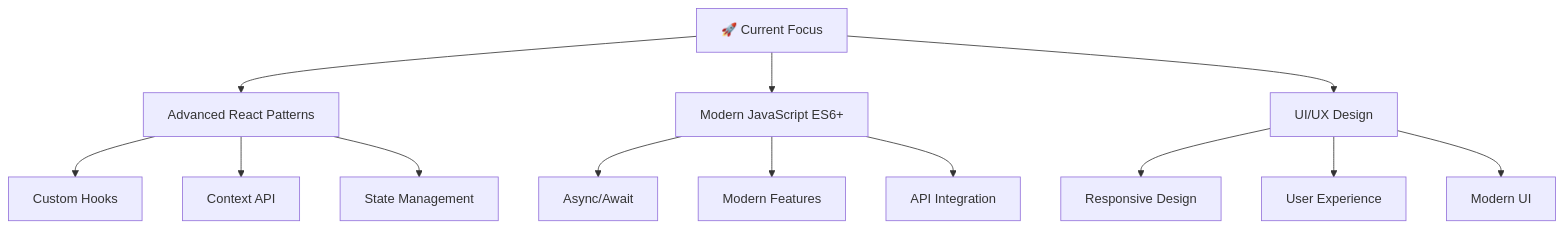
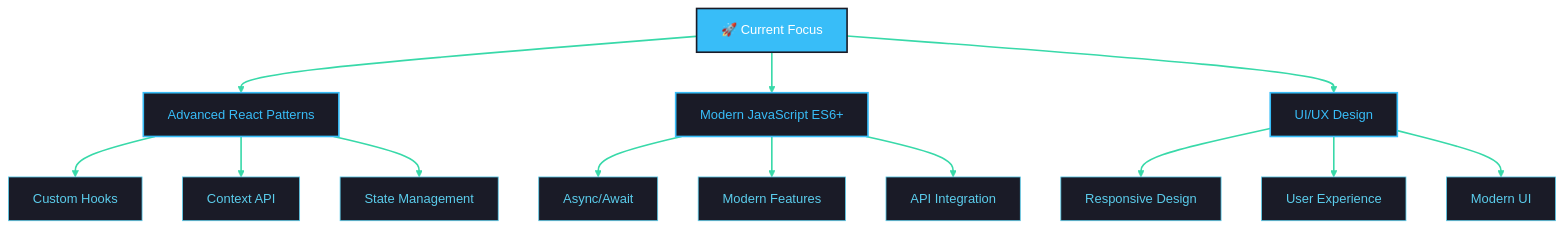
Before and after one commit to ibrahim-ahmed26/ibrahim-ahmed26: the diagram in README.md, drawn with Mermaid. The commit also changed other lines of this file, not shown here.

````diff
--- a/README.md
+++ b/README.md
@@ -114,18 +132,33 @@
 ```mermaid
 graph TD
     A[🚀 Current Focus] --> B[Advanced React Patterns]
     A --> C[Modern JavaScript ES6+]
     A --> D[UI/UX Design]
 
     B --> E[Custom Hooks]
     B --> F[Context API]
     B --> G[State Management]
 
     C --> H[Async/Await]
     C --> I[Modern Features]
     C --> J[API Integration]
 
     D --> K[Responsive Design]
     D --> L[User Experience]
     D --> M[Modern UI]
+
+    style A fill:#38BDF8,stroke:#1a1b27,stroke-width:2px,color:#ffffff
+    style B fill:#1a1b27,stroke:#38BDF8,stroke-width:2px,color:#38BDF8
+    style C fill:#1a1b27,stroke:#38BDF8,stroke-width:2px,color:#38BDF8
+    style D fill:#1a1b27,stroke:#38BDF8,stroke-width:2px,color:#38BDF8
+    style E fill:#1a1b27,stroke:#5bcdec,stroke-width:1px,color:#5bcdec
+    style F fill:#1a1b27,stroke:#5bcdec,stroke-width:1px,color:#5bcdec
+    style G fill:#1a1b27,stroke:#5bcdec,stroke-width:1px,color:#5bcdec
+    style H fill:#1a1b27,stroke:#5bcdec,stroke-width:1px,color:#5bcdec
+    style I fill:#1a1b27,stroke:#5bcdec,stroke-width:1px,color:#5bcdec
+    style J fill:#1a1b27,stroke:#5bcdec,stroke-width:1px,color:#5bcdec
+    style K fill:#1a1b27,stroke:#5bcdec,stroke-width:1px,color:#5bcdec
+    style L fill:#1a1b27,stroke:#5bcdec,stroke-width:1px,color:#5bcdec
+    style M fill:#1a1b27,stroke:#5bcdec,stroke-width:1px,color:#5bcdec
+    linkStyle default stroke:#38d9a9,stroke-width:2px,transition:0.3s
 ```
````
